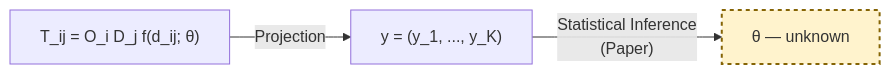
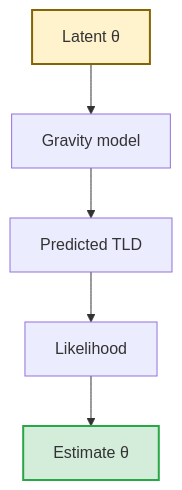
One commit to thinhnq-ibl/PCSF-TIM changed the fourth of 4 diagrams in Handbook.md. Above: the diagram before and after it, drawn with Mermaid. The commit also changed other lines of this file, not shown here.

````diff
--- a/Handbook.md
+++ b/Handbook.md
@@ -385,6 +243,10 @@
 ```mermaid
-flowchart LR
-    A["T_ij = O_i D_j f(d_ij; θ)"] -->|"Projection"| B["y = (y_1, ..., y_K)"]
-    B -->|"Statistical Inference\n(Paper)"| C["θ — unknown"]
-    style C fill:#fff3cd,stroke:#856404,stroke-width:2px,stroke-dasharray: 4 4
+flowchart TD
+    A[Latent θ] --> B[Gravity model]
+    B --> C[Predicted TLD]
+    C --> D[Likelihood]
+    D --> E[Estimate θ]
+    
+    style A fill:#fff3cd,stroke:#856404,stroke-width:2px
+    style E fill:#d4edda,stroke:#28a745,stroke-width:2px
 ```
````
